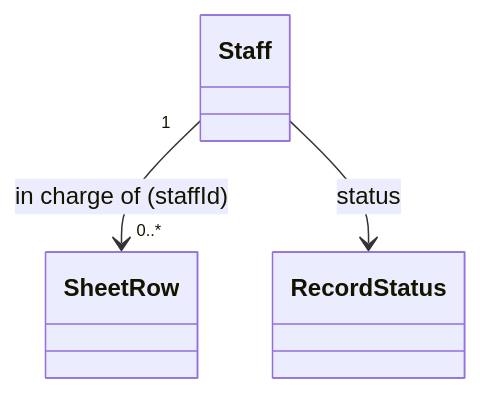
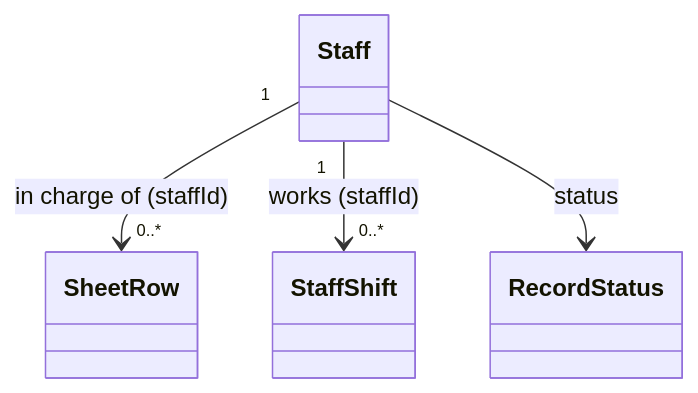
One commit to MinamiyamaKotaro/m3_pad changed the diagram in docs/design/lib/src/features/voucher/domain/entities/staff.md. Above: the diagram before and after it, drawn with Mermaid. The commit also changed other lines of this file and 35 other files, not shown here.

First line of the commit message:
Reflect payment method, staff shift, and daily summary specs into design docs

````diff
--- a/docs/design/lib/src/features/voucher/domain/entities/staff.md
+++ b/docs/design/lib/src/features/voucher/domain/entities/staff.md
@@ -14,5 +15,6 @@
 ```mermaid
 classDiagram
     Staff "1" --> "0..*" SheetRow : in charge of (staffId)
+    Staff "1" --> "0..*" StaffShift : works (staffId)
     Staff --> RecordStatus : status
 ```
````
